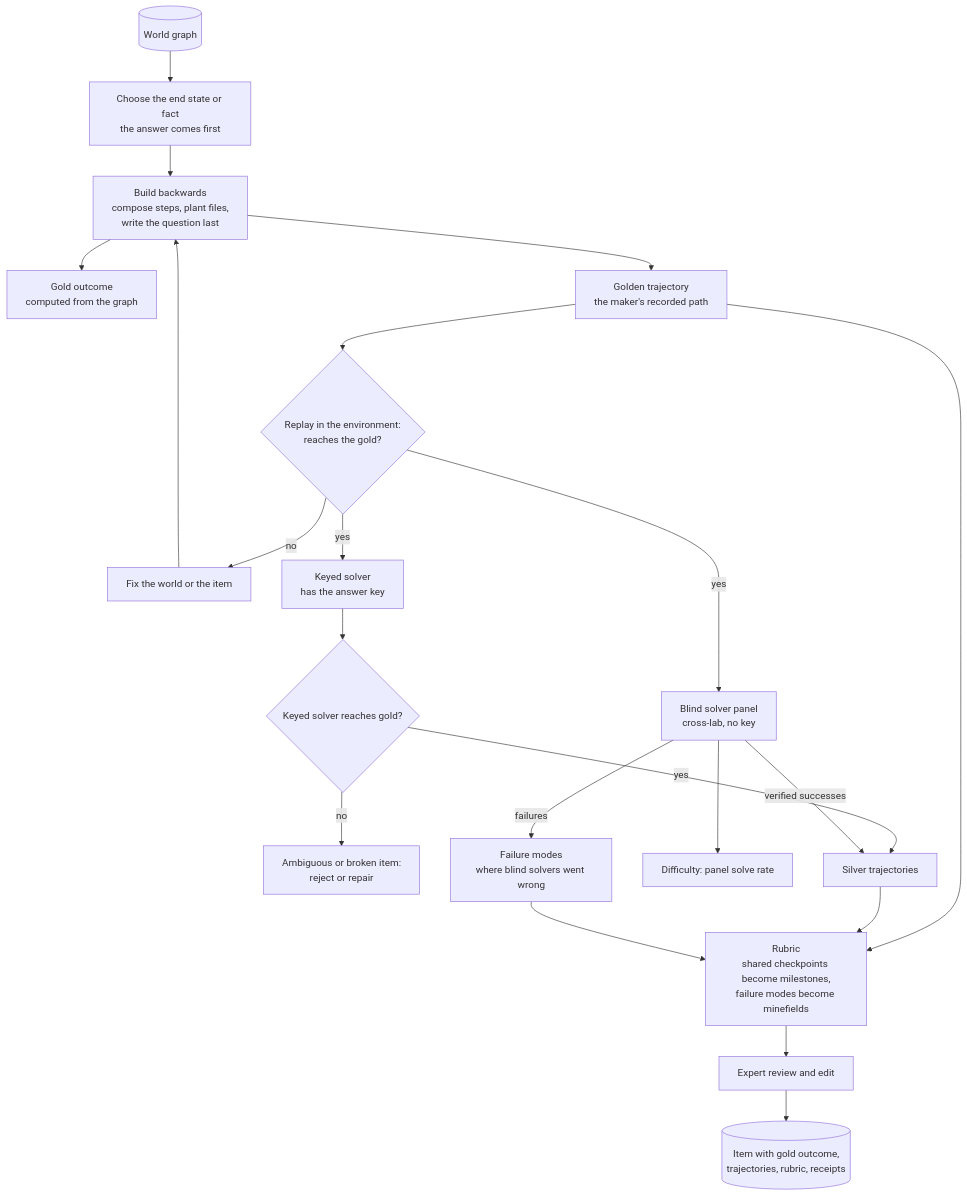
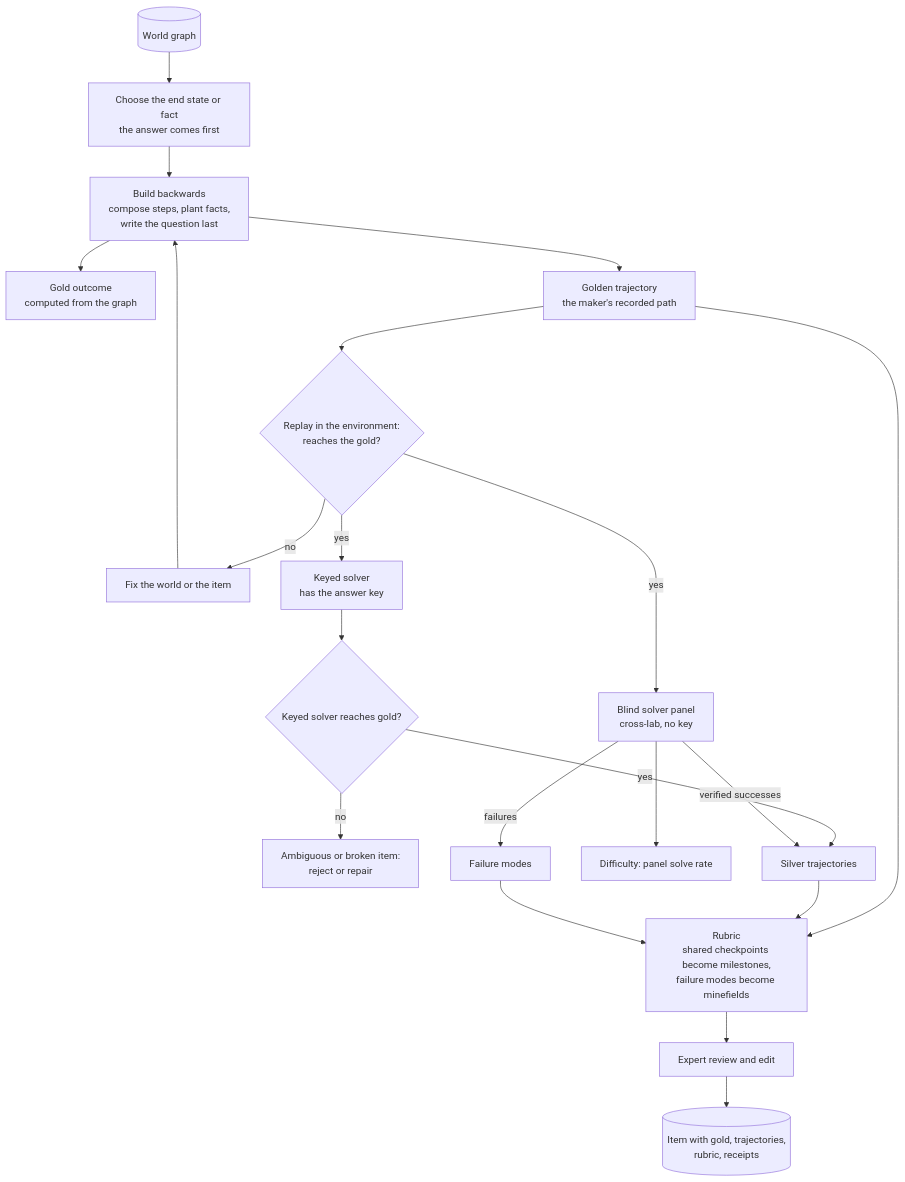
The ninth of 17 diagrams in README.md (nbdesai1992/orbifex), drawn with Mermaid before and after one commit. The commit also changed other lines of this file, not shown here.

````diff
--- a/README.md
+++ b/README.md
@@ -301,21 +345,21 @@
 ```mermaid
 flowchart TD
   W[("World graph")] --> END["Choose the end state or fact<br/>the answer comes first"]
-  END --> BK["Build backwards<br/>compose steps, plant files,<br/>write the question last"]
+  END --> BK["Build backwards<br/>compose steps, plant facts,<br/>write the question last"]
   BK --> GO["Gold outcome<br/>computed from the graph"]
   BK --> GT["Golden trajectory<br/>the maker's recorded path"]
   GT --> RP{"Replay in the environment:<br/>reaches the gold?"}
   RP -- no --> FIX["Fix the world or the item"] --> BK
   RP -- yes --> KS["Keyed solver<br/>has the answer key"]
   RP -- yes --> BS["Blind solver panel<br/>cross-lab, no key"]
   KS --> KCHK{"Keyed solver reaches gold?"}
   KCHK -- no --> AMB["Ambiguous or broken item:<br/>reject or repair"]
   KCHK -- yes --> SIL["Silver trajectories"]
   BS --> DIFF["Difficulty: panel solve rate"]
   BS -- "verified successes" --> SIL
-  BS -- failures --> FM["Failure modes<br/>where blind solvers went wrong"]
+  BS -- failures --> FM["Failure modes"]
   GT & SIL --> RUB["Rubric<br/>shared checkpoints become milestones,<br/>failure modes become minefields"]
   FM --> RUB
   RUB --> HR["Expert review and edit"]
-  HR --> DONE[("Item with gold outcome,<br/>trajectories, rubric, receipts")]
+  HR --> DONE[("Item with gold, trajectories,<br/>rubric, receipts")]
 ```
````
